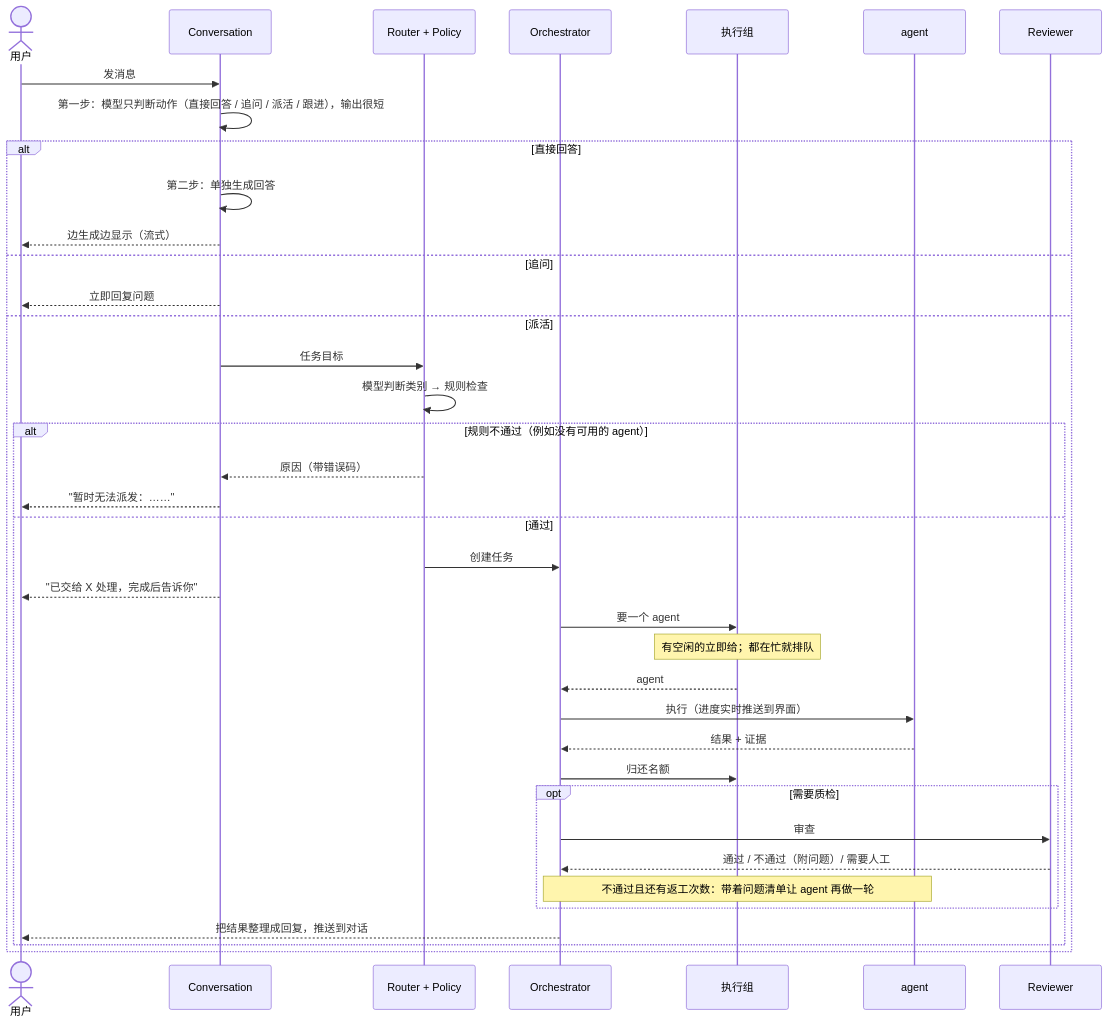
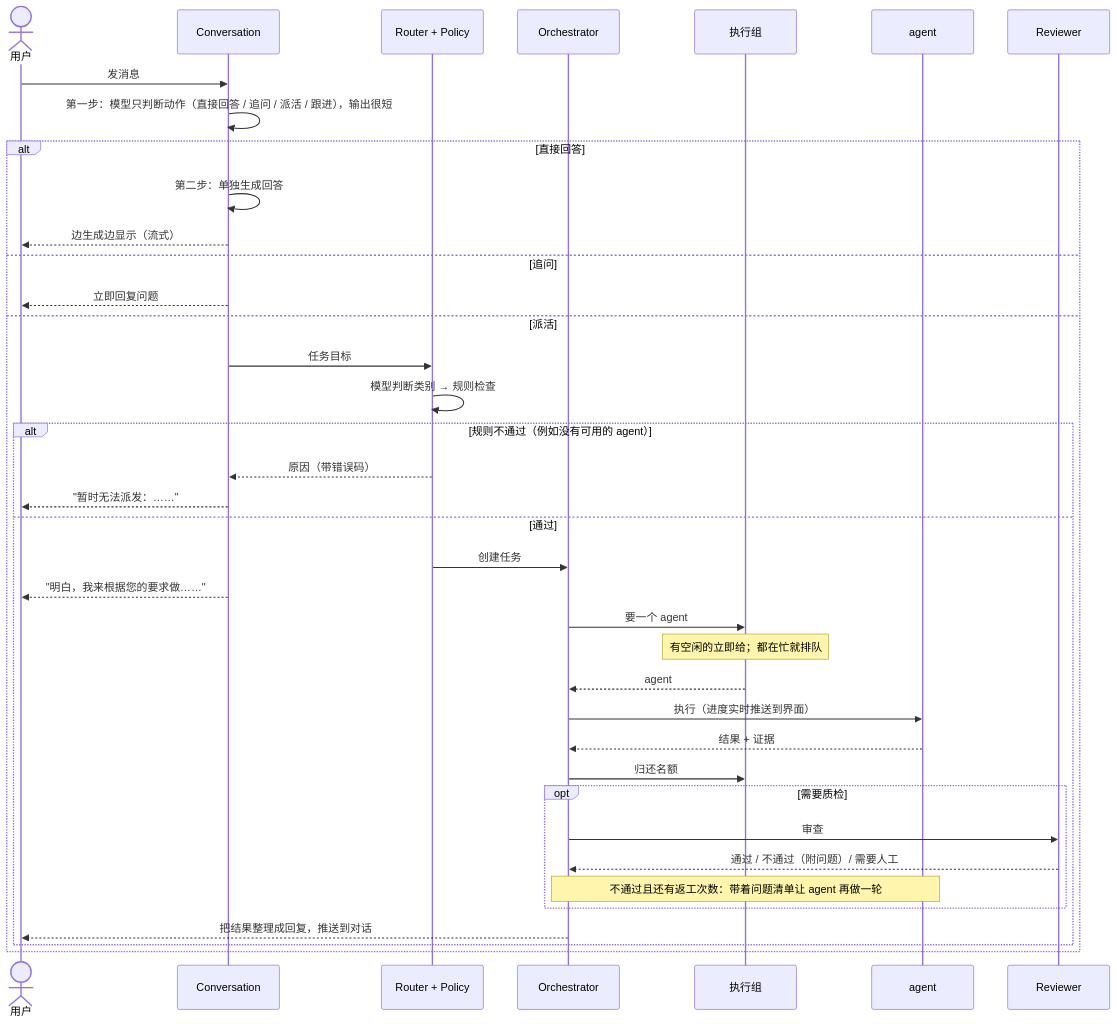
One commit to Grant-Huang/multi-agent-conv-mvp changed the second of 8 diagrams in docs/DESIGN.md. Above: the diagram before and after it, drawn with Mermaid. The commit also changed 10 other files, not shown here.

First line of the commit message:
对话只确认用户意图，并在消息里显示任务状态和可下载产物。

````diff
--- a/docs/DESIGN.md
+++ b/docs/DESIGN.md
@@ -227,41 +227,41 @@
 ```mermaid
 sequenceDiagram
     actor U as 用户
     participant C as Conversation
     participant R as Router + Policy
     participant O as Orchestrator
     participant G as 执行组
     participant A as agent
     participant V as Reviewer
 
     U->>C: 发消息
     C->>C: 第一步：模型只判断动作（直接回答 / 追问 / 派活 / 跟进），输出很短
     alt 直接回答
         C->>C: 第二步：单独生成回答
         C-->>U: 边生成边显示（流式）
     else 追问
         C-->>U: 立即回复问题
     else 派活
         C->>R: 任务目标
         R->>R: 模型判断类别 → 规则检查
         alt 规则不通过（例如没有可用的 agent）
             R-->>C: 原因（带错误码）
             C-->>U: "暂时无法派发：……"
         else 通过
             R->>O: 创建任务
-            C-->>U: "已交给 X 处理，完成后告诉你"
+            C-->>U: "明白，我来根据您的要求做……"
             O->>G: 要一个 agent
             Note over G: 有空闲的立即给；都在忙就排队
             G-->>O: agent
             O->>A: 执行（进度实时推送到界面）
             A-->>O: 结果 + 证据
             O->>G: 归还名额
             opt 需要质检
                 O->>V: 审查
                 V-->>O: 通过 / 不通过（附问题）/ 需要人工
                 Note over O,A: 不通过且还有返工次数：带着问题清单让 agent 再做一轮
             end
             O-->>U: 把结果整理成回复，推送到对话
         end
     end
 ```
````
